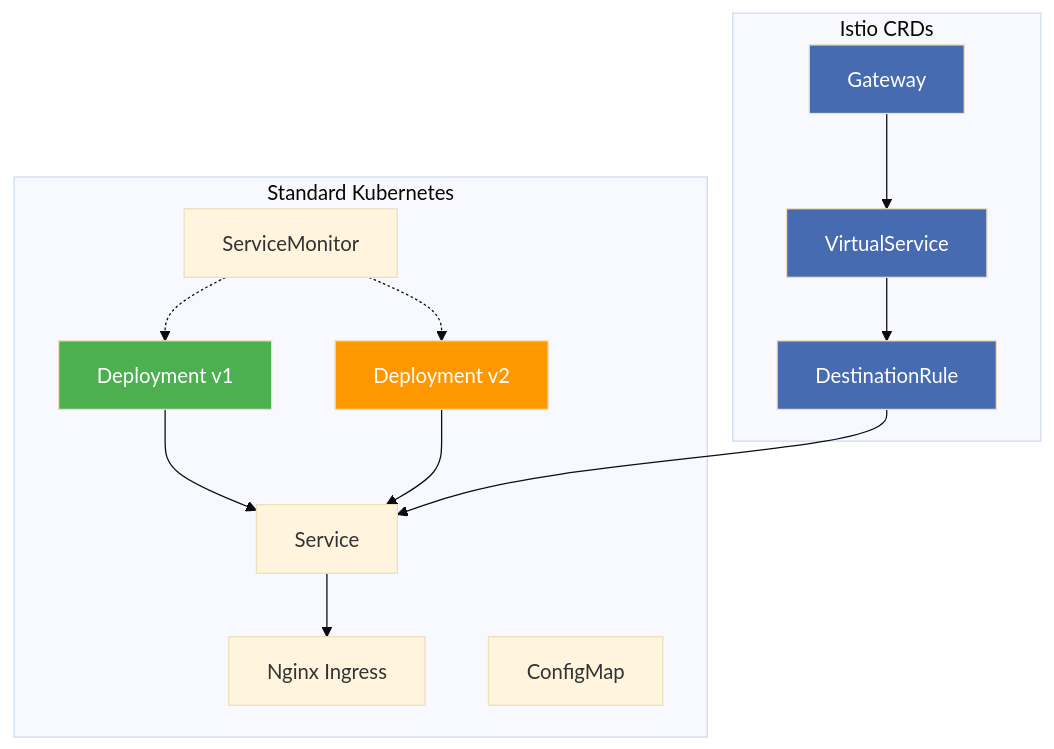
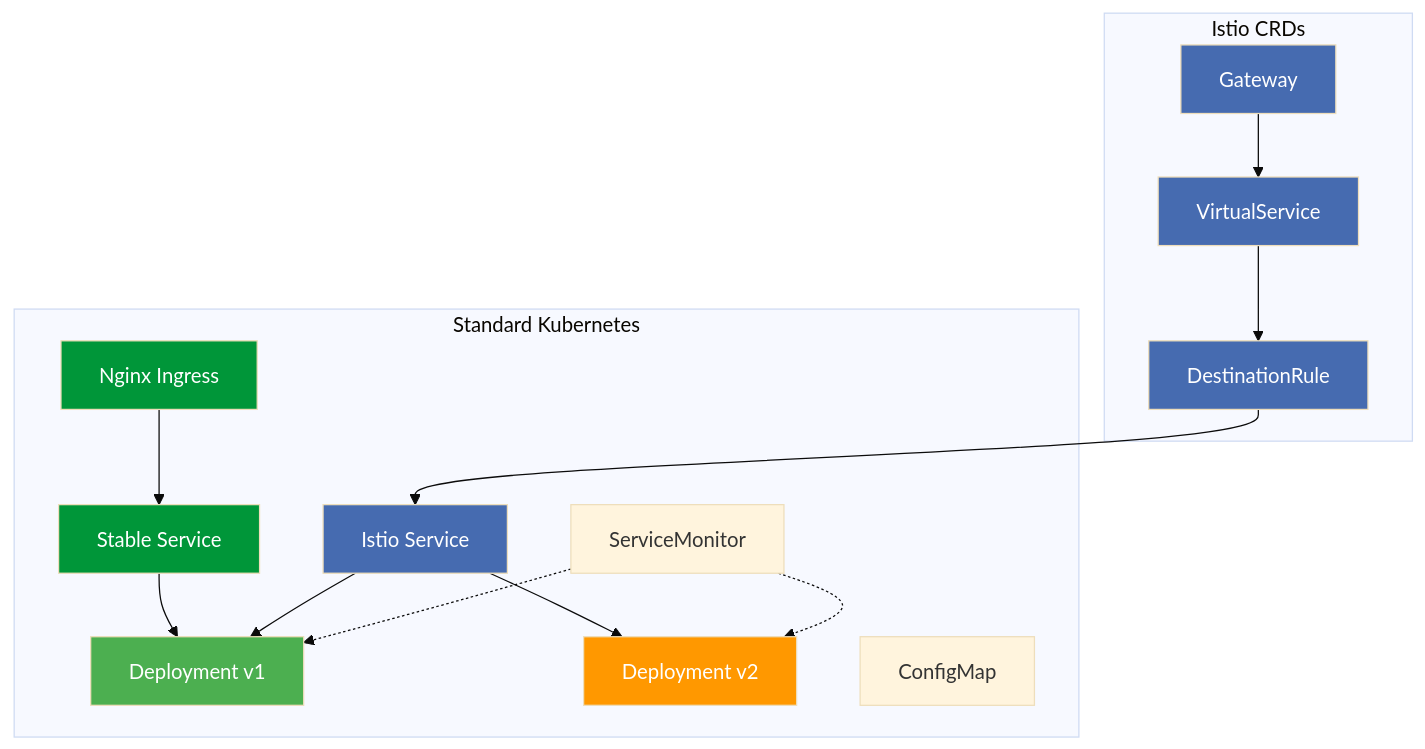
Before and after one commit to doda2025-team14/operation: the sixth of 7 diagrams in docs/deployment.md, drawn with Mermaid (base theme). The commit also changed other lines of this file, not shown here.

````diff
--- a/docs/deployment.md
+++ b/docs/deployment.md
@@ -299,31 +299,38 @@
 ```mermaid
 flowchart TB
+  
+
     subgraph K8s["Standard Kubernetes"]
+        Ing[Nginx Ingress]
+        SvcIngress["Stable Service"]
+        SvcIstio["Istio Service"]
         DepV1[Deployment v1]
         DepV2[Deployment v2]
-        Svc[Service]
-        Ing[Nginx Ingress]
         CM[ConfigMap]
         SM[ServiceMonitor]
     end
     
     subgraph Istio["Istio CRDs"]
         GW[Gateway]
         VS[VirtualService]
         DR[DestinationRule]
     end
 
-    %% Relationships
-    DepV1 & DepV2 --> Svc
-    Svc --> Ing
+    Ing --> SvcIngress --> DepV1
     
-    GW --> VS --> DR --> Svc
+    GW --> VS --> DR --> SvcIstio
+    SvcIstio --> DepV1
+    SvcIstio --> DepV2
+    
+
     SM -.-> DepV1 & DepV2
     
-    %% Styling
     style DepV1 fill:#4CAF50,color:#fff
     style DepV2 fill:#FF9800,color:#fff
+    style SvcIngress fill:#009639,color:#fff
+    style SvcIstio fill:#466BB0,color:#fff
     style GW fill:#466BB0,color:#fff
     style VS fill:#466BB0,color:#fff
     style DR fill:#466BB0,color:#fff
+    style Ing fill:#009639,color:#fff
 ```
````
